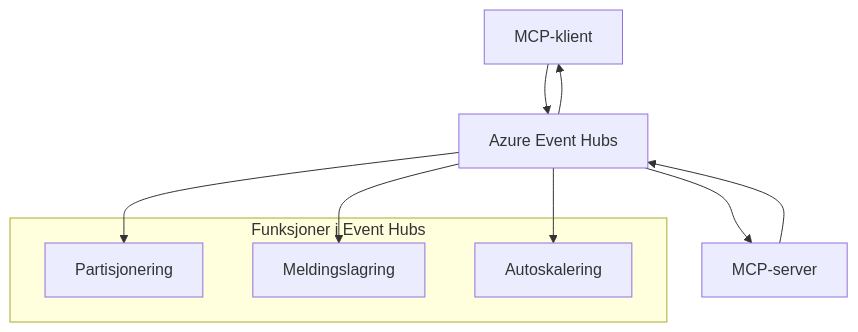
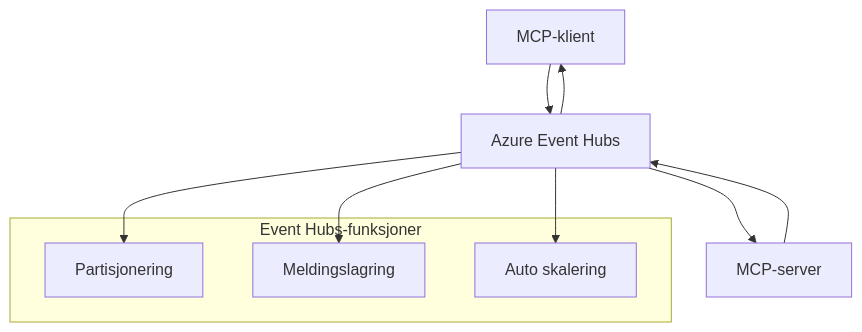
Before and after one commit to HIDORAKAI002/ai-workspace-archive: the second of 2 diagrams in mcp_ecosystem__model_context_protocol/mcp_learning_resources/mcp-for-beginners/translations/no/05-AdvancedTopics/mcp-transport/README.md, drawn with Mermaid. The commit also changed other lines of this file and 1539 other files, not shown here.

````diff
--- a/mcp_ecosystem__model_context_protocol/mcp_learning_resources/mcp-for-beginners/translations/no/05-AdvancedTopics/mcp-transport/README.md
+++ b/mcp_ecosystem__model_context_protocol/mcp_learning_resources/mcp-for-beginners/translations/no/05-AdvancedTopics/mcp-transport/README.md
@@ -269,17 +270,17 @@
 ```mermaid
 graph TB
     Client[MCP-klient] --> EH[Azure Event Hubs]
     EH --> Server[MCP-server]
     Server --> EH
     EH --> Client
     
-    subgraph "Funksjoner i Event Hubs"
+    subgraph "Event Hubs-funksjoner"
         Partition[Partisjonering]
         Retention[Meldingslagring]
-        Scaling[Autoskalering]
+        Scaling[Auto skalering]
     end
     
     EH --> Partition
     EH --> Retention
     EH --> Scaling
 ```
````
